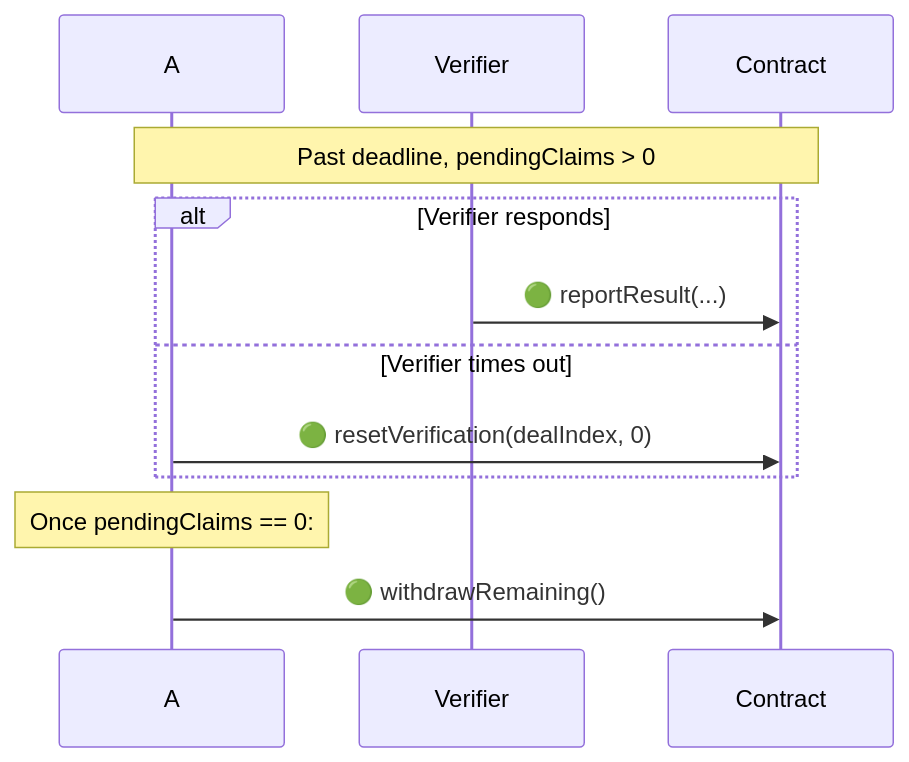
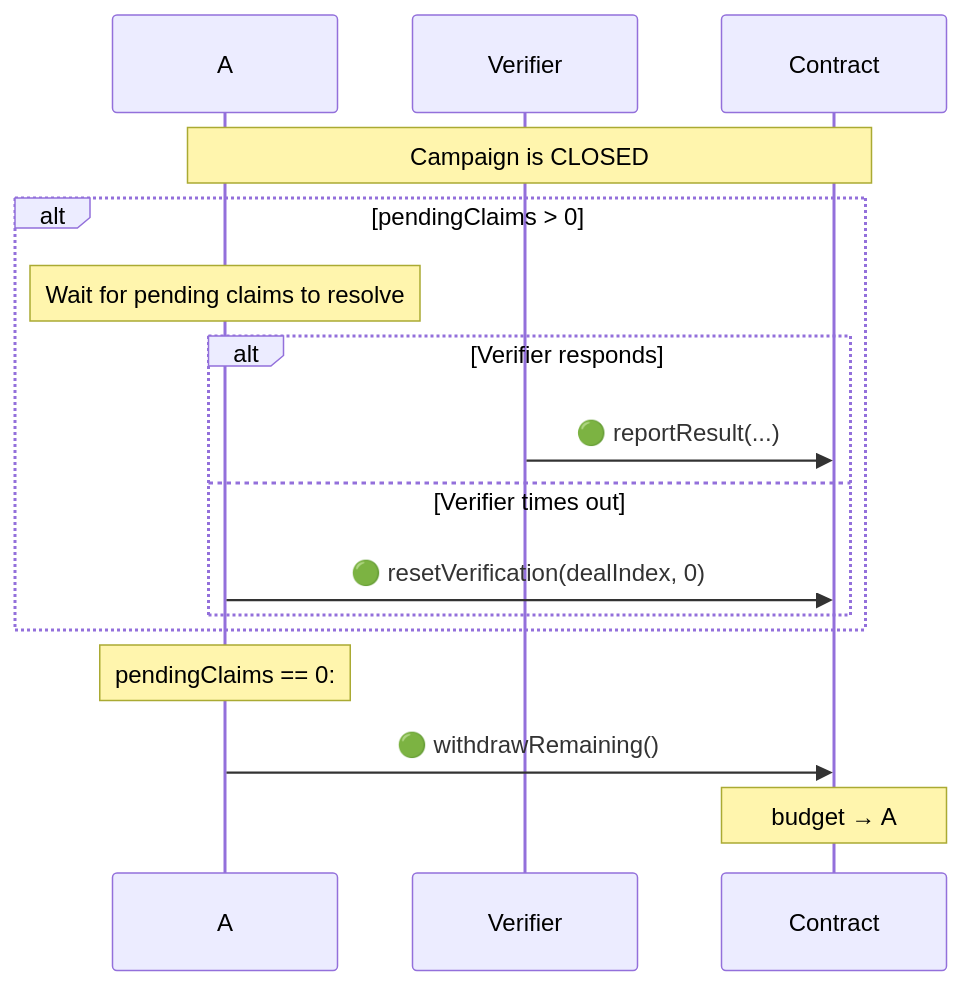
The fifth of 5 diagrams in examples/x-follow/x-follow-design.md (synctxai/synctx), drawn with Mermaid before and after one commit. The commit also changed other lines of this file and 1 other file, not shown here.

````diff
--- a/examples/x-follow/x-follow-design.md
+++ b/examples/x-follow/x-follow-design.md
@@ -384,17 +412,21 @@
 ```mermaid
 sequenceDiagram
     participant A as A
     participant V as Verifier
     participant C as Contract
 
-    Note over A,C: Past deadline, pendingClaims > 0
+    Note over A,C: Campaign is CLOSED
 
-    alt Verifier responds
-        V->>C: 🟢 reportResult(...)
-    else Verifier times out
-        A->>C: 🟢 resetVerification(dealIndex, 0)
+    alt pendingClaims > 0
+        Note over A: Wait for pending claims to resolve
+        alt Verifier responds
+            V->>C: 🟢 reportResult(...)
+        else Verifier times out
+            A->>C: 🟢 resetVerification(dealIndex, 0)
+        end
     end
 
-    Note over A: Once pendingClaims == 0:
+    Note over A: pendingClaims == 0:
     A->>C: 🟢 withdrawRemaining()
+    Note over C: budget → A
 ```
````
